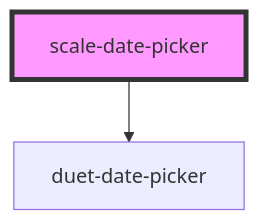
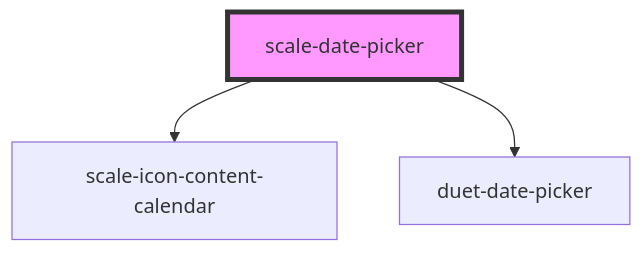
The diagram in packages/components/src/components/date-picker/readme.md (gaurishkamat/scale), drawn with Mermaid before and after one commit. The commit also changed other lines of this file and 3 other files, not shown here.

Commit message:
feat(date-picker): telekom theme, better listener binding

````diff
--- a/packages/components/src/components/date-picker/readme.md
+++ b/packages/components/src/components/date-picker/readme.md
@@ -76,5 +77,6 @@
 ```mermaid
 graph TD;
+  scale-date-picker --> scale-icon-content-calendar
   scale-date-picker --> duet-date-picker
   style scale-date-picker fill:#f9f,stroke:#333,stroke-width:4px
 ```
````
